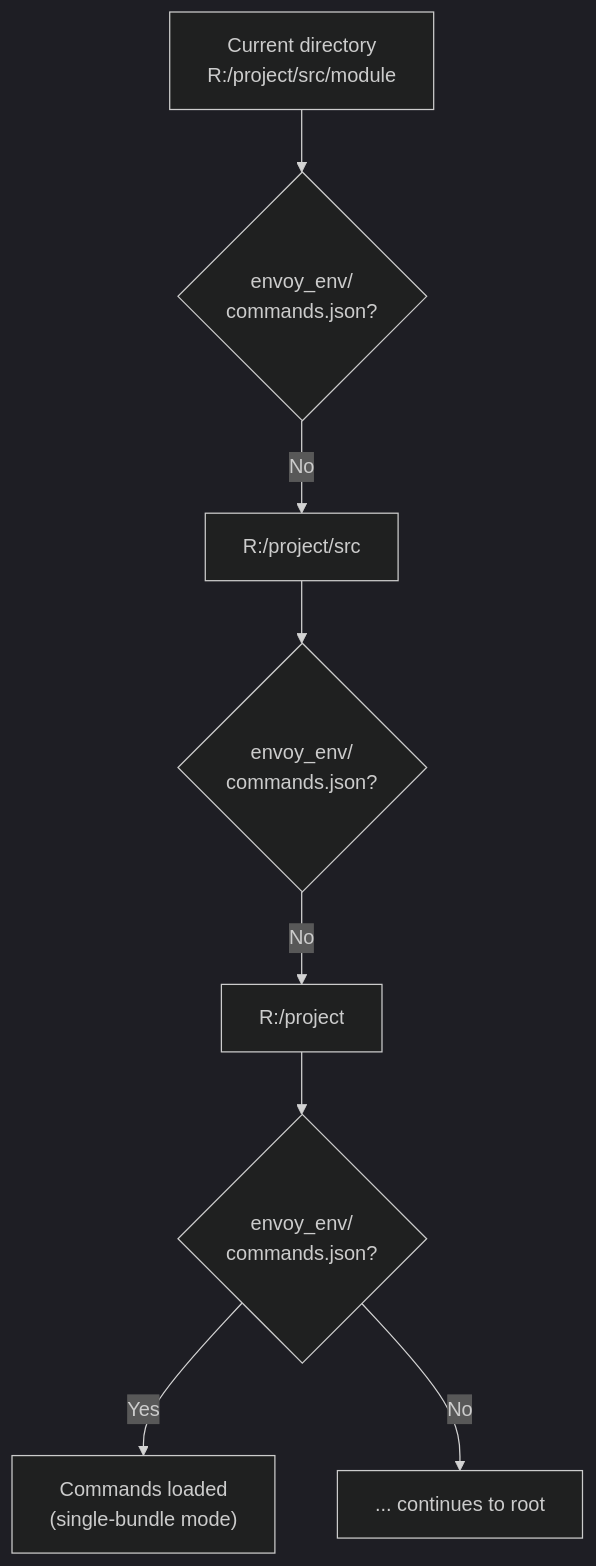
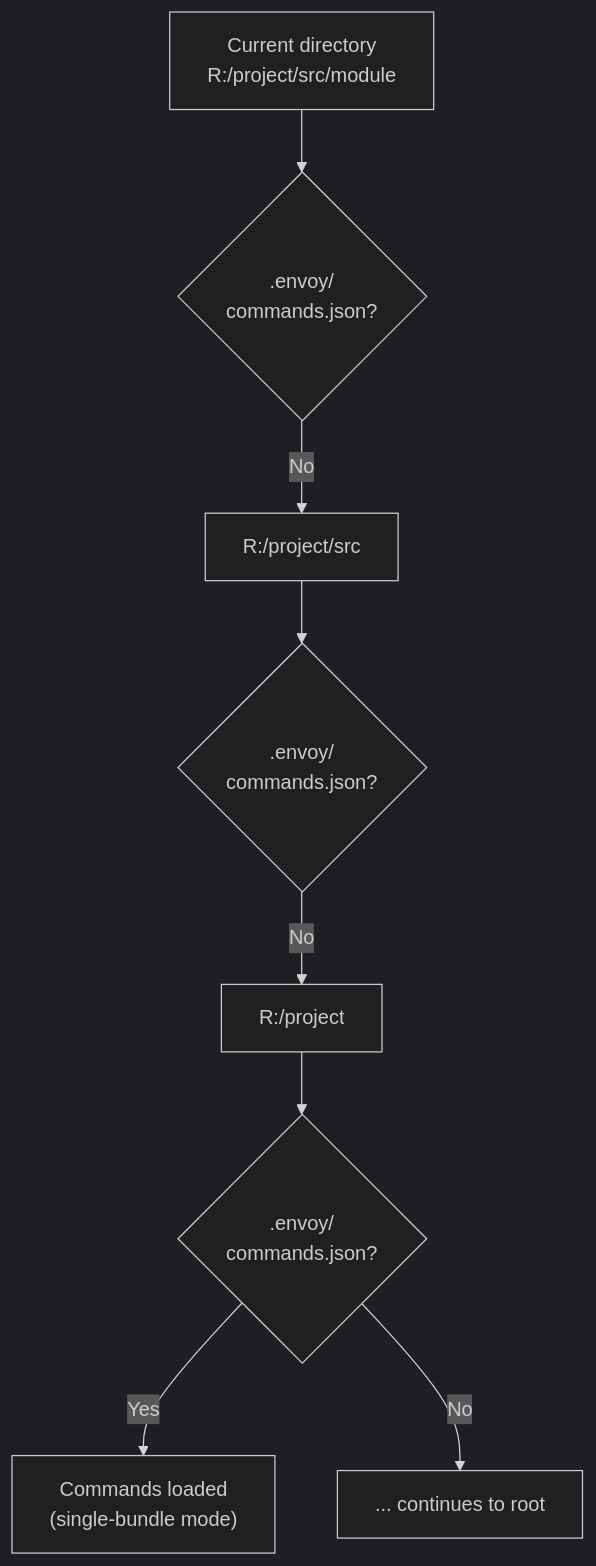
One commit to gtvfx-contrib/gt-envoy changed the second of 3 diagrams in docs/advanced.md. Above: the diagram before and after it, drawn with Mermaid (dark theme). The commit also changed other lines of this file and 39 other files, not shown here.

Commit message:
updated envoy_env to .envoy

````diff
--- a/docs/advanced.md
+++ b/docs/advanced.md
@@ -55,10 +55,10 @@
 ```mermaid
 flowchart TD
-    CWD["Current directory\nR:/project/src/module"] --> C1{"envoy_env/\ncommands.json?"}
+    CWD["Current directory\nR:/project/src/module"] --> C1{".envoy/\ncommands.json?"}
     C1 -- No --> P1["R:/project/src"]
-    P1 --> C2{"envoy_env/\ncommands.json?"}
+    P1 --> C2{".envoy/\ncommands.json?"}
     C2 -- No --> P2["R:/project"]
-    P2 --> C3{"envoy_env/\ncommands.json?"}
+    P2 --> C3{".envoy/\ncommands.json?"}
     C3 -- Yes --> FOUND["Commands loaded\n(single-bundle mode)"]
     C3 -- No --> P3["... continues to root"]
 ```
````
